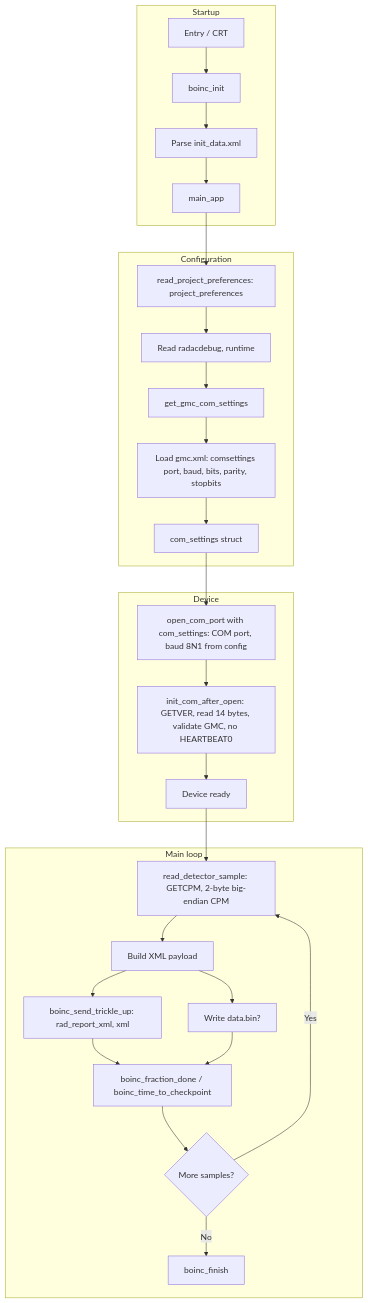
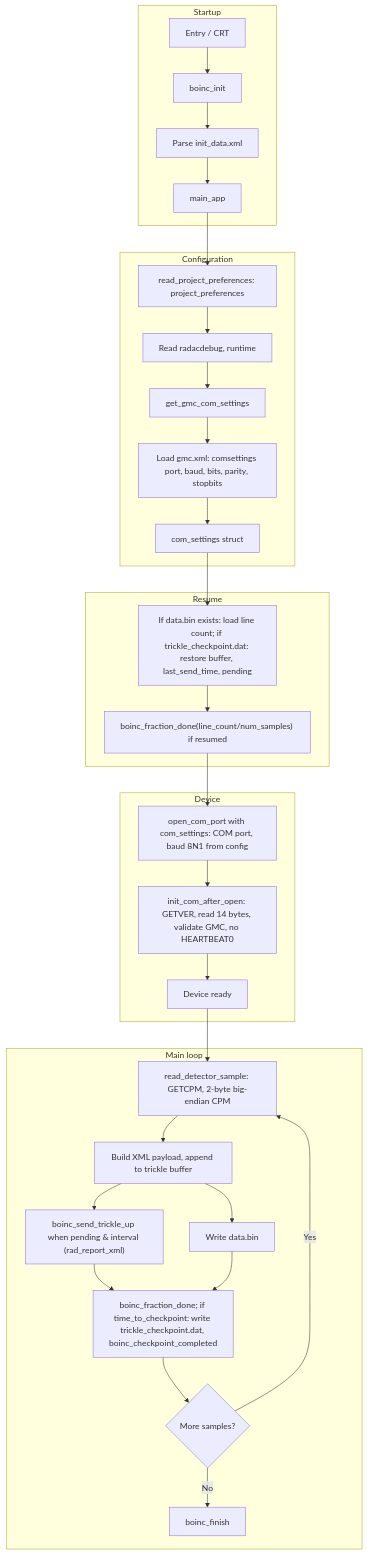
One commit to colibrishin/radac-gmc300 changed the diagram in docs/phase5-data-flow.md. Above: the diagram before and after it, drawn with Mermaid. The commit also changed other lines of this file and 7 other files, not shown here.

````diff
--- a/docs/phase5-data-flow.md
+++ b/docs/phase5-data-flow.md
@@ -29,34 +32,39 @@
 ```mermaid
 flowchart TD
     subgraph startup [Startup]
         A["Entry / CRT"] --> B[boinc_init]
         B --> C["Parse init_data.xml"]
         C --> D[main_app]
     end
 
     subgraph config [Configuration]
         D --> E["read_project_preferences: project_preferences"]
         E --> F["Read radacdebug, runtime"]
         F --> G[get_gmc_com_settings]
         G --> H["Load gmc.xml: comsettings port, baud, bits, parity, stopbits"]
         H --> I["com_settings struct"]
     end
 
+    subgraph resume [Resume]
+        I --> I1["If data.bin exists: load line count; if trickle_checkpoint.dat: restore buffer, last_send_time, pending"]
+        I1 --> I2["boinc_fraction_done(line_count/num_samples) if resumed"]
+    end
+
     subgraph device [Device]
-        I --> J["open_com_port with com_settings: COM port, baud 8N1 from config"]
+        I2 --> J["open_com_port with com_settings: COM port, baud 8N1 from config"]
         J --> K["init_com_after_open: GETVER, read 14 bytes, validate GMC, no HEARTBEAT0"]
         K --> L[Device ready]
     end
 
     subgraph loop [Main loop]
         L --> M["read_detector_sample: GETCPM, 2-byte big-endian CPM"]
-        M --> N[Build XML payload]
-        N --> O["boinc_send_trickle_up: rad_report_xml, xml"]
-        N --> P["Write data.bin?"]
-        O --> Q["boinc_fraction_done / boinc_time_to_checkpoint"]
+        M --> N[Build XML payload, append to trickle buffer]
+        N --> O["boinc_send_trickle_up when pending & interval (rad_report_xml)"]
+        N --> P["Write data.bin"]
+        O --> Q["boinc_fraction_done; if time_to_checkpoint: write trickle_checkpoint.dat, boinc_checkpoint_completed"]
         P --> Q
         Q --> R{"More samples?"}
         R -->|Yes| M
         R -->|No| S[boinc_finish]
     end
 ```
````
